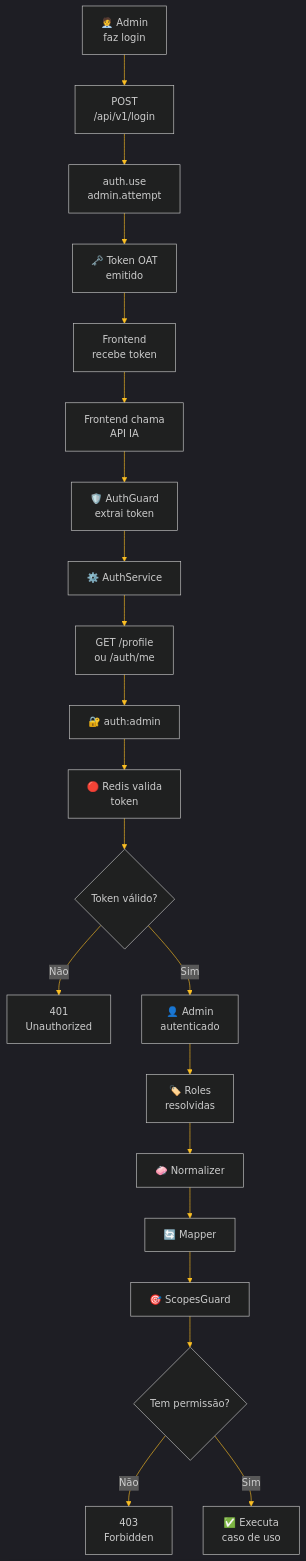
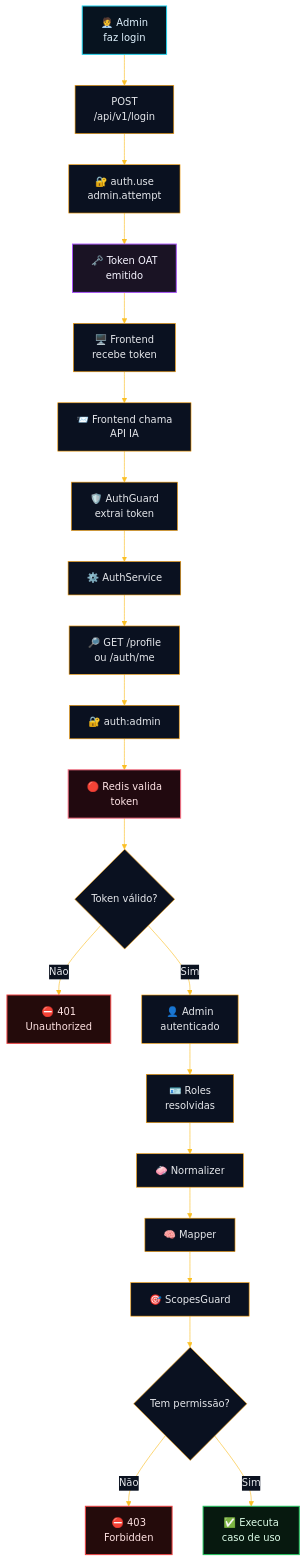
One commit to matheusdiamantino-betalent/IA changed the fourth of 10 diagrams in RFC-0001-Auth.md. Above: the diagram before and after it, drawn with Mermaid. The commit also changed other lines of this file, not shown here.

````diff
--- a/RFC-0001-Auth.md
+++ b/RFC-0001-Auth.md
@@ -435,38 +426,44 @@
 ```mermaid
-%%{init: {'theme':'dark','themeVariables': {
+%%{init: {'theme':'base','themeVariables': {
   'background':'#020617',
-  'primaryColor':'#0f172a',
-  'primaryTextColor':'#e2e8f0',
+  'primaryColor':'#0a1120',
+  'primaryTextColor':'#e5e7eb',
   'primaryBorderColor':'#f59e0b',
   'lineColor':'#fbbf24',
-  'secondaryColor':'#111827',
-  'tertiaryColor':'#1e293b',
-  'clusterBkg':'#0b1120',
-  'clusterBorder':'#f59e0b',
-  'fontFamily':'Inter, Segoe UI, Arial',
-  'fontSize':'16px'
+  'secondaryColor':'#0b1220',
+  'tertiaryColor':'#111827',
+  'clusterBkg':'#050816',
+  'clusterBorder':'#f97316',
+  'fontFamily':'Inter, Segoe UI, Arial'
 }}}%%
 flowchart TD
     A["🧑‍💼 Admin<br/>faz login"] --> B["POST<br/>/api/v1/login"]
-    B --> C["auth.use<br/>admin.attempt"]
+    B --> C["🔐 auth.use<br/>admin.attempt"]
     C --> D["🗝️ Token OAT<br/>emitido"]
-    D --> E["Frontend<br/>recebe token"]
+    D --> E["🖥️ Frontend<br/>recebe token"]
 
-    E --> F["Frontend chama<br/>API IA"]
+    E --> F["📨 Frontend chama<br/>API IA"]
     F --> G["🛡️ AuthGuard<br/>extrai token"]
     G --> H["⚙️ AuthService"]
-    H --> I["GET /profile<br/>ou /auth/me"]
+    H --> I["🔎 GET /profile<br/>ou /auth/me"]
     I --> J["🔐 auth:admin"]
     J --> K["🔴 Redis valida<br/>token"]
 
     K --> L{"Token válido?"}
-    L -- "Não" --> M["401<br/>Unauthorized"]
+    L -- "Não" --> M["⛔ 401<br/>Unauthorized"]
     L -- "Sim" --> N["👤 Admin<br/>autenticado"]
-    N --> O["🏷️ Roles<br/>resolvidas"]
+    N --> O["🪪 Roles<br/>resolvidas"]
     O --> P["🧼 Normalizer"]
-    P --> Q["🔄 Mapper"]
+    P --> Q["🧠 Mapper"]
     Q --> R["🎯 ScopesGuard"]
     R --> S{"Tem permissão?"}
-    S -- "Não" --> T["403<br/>Forbidden"]
+    S -- "Não" --> T["⛔ 403<br/>Forbidden"]
     S -- "Sim" --> U["✅ Executa<br/>caso de uso"]
+
+    style A fill:#07131f,stroke:#22d3ee,stroke-width:1.6px,color:#e0f2fe
+    style D fill:#1a1324,stroke:#a855f7,stroke-width:1.6px,color:#f5f3ff
+    style K fill:#21090f,stroke:#fb7185,stroke-width:1.6px,color:#ffe4e6
+    style U fill:#07190f,stroke:#22c55e,stroke-width:1.6px,color:#dcfce7
+    style M fill:#240b0b,stroke:#ef4444,stroke-width:1.6px,color:#fee2e2
+    style T fill:#240b0b,stroke:#ef4444,stroke-width:1.6px,color:#fee2e2
 ```
````
